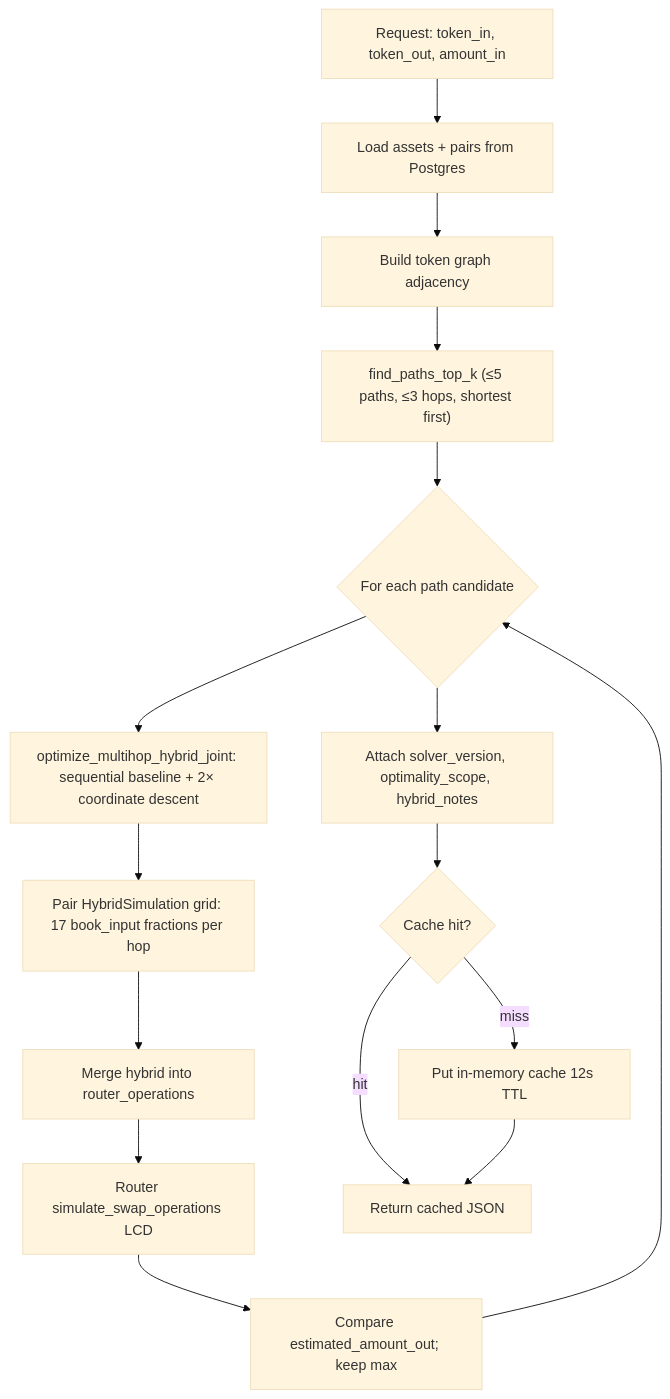
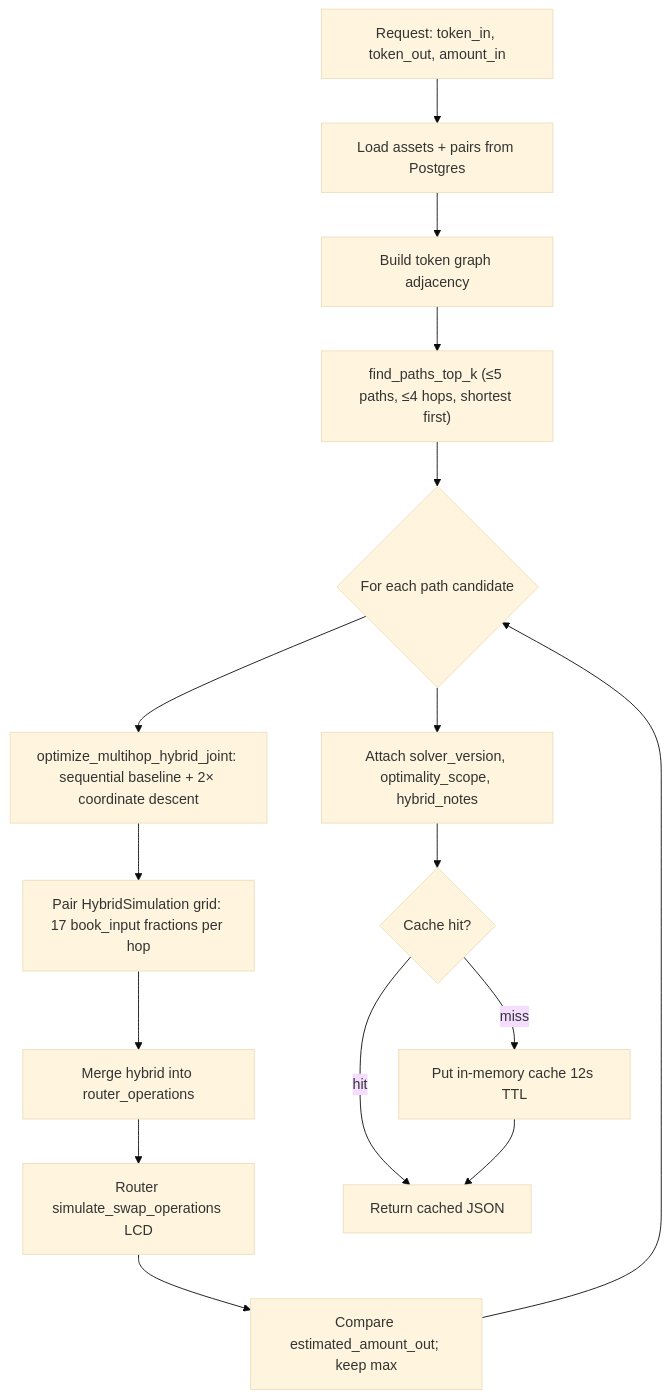
The diagram in docs/route-solver.md (PlasticDigits/cl8y-dex-terraclassic), drawn with Mermaid (base theme) before and after one commit. The commit also changed other lines of this file and 6 other files, not shown here.

Commit message:
docs(#323): fix route-solver drift guard and stale 3-hop references - check_route_solver_docs.py: expect SOLVER_VERSION_LCD/DB after #319 split - route-solver.md: API matrix, mermaid, glossary aligned to 4-hop GET cap - skills + ADR amendments: GET_DEFAULT_MAX_HOPS 4 documented consistently

````diff
--- a/docs/route-solver.md
+++ b/docs/route-solver.md
@@ -35,18 +35,18 @@
 ```mermaid
 flowchart TD
     A[Request: token_in, token_out, amount_in] --> B[Load assets + pairs from Postgres]
     B --> C[Build token graph adjacency]
-    C --> D["find_paths_top_k (≤5 paths, ≤3 hops, shortest first)"]
+    C --> D["find_paths_top_k (≤5 paths, ≤4 hops, shortest first)"]
     D --> E{For each path candidate}
     E --> F["optimize_multihop_hybrid_joint: sequential baseline + 2× coordinate descent"]
     F --> G[Pair HybridSimulation grid: 17 book_input fractions per hop]
     G --> H[Merge hybrid into router_operations]
     H --> I[Router simulate_swap_operations LCD]
     I --> J[Compare estimated_amount_out; keep max]
     J --> E
     E --> K[Attach solver_version, optimality_scope, hybrid_notes]
     K --> L{Cache hit?}
     L -->|miss| M[Put in-memory cache 12s TTL]
     L -->|hit| N[Return cached JSON]
     M --> N
 ```
````
